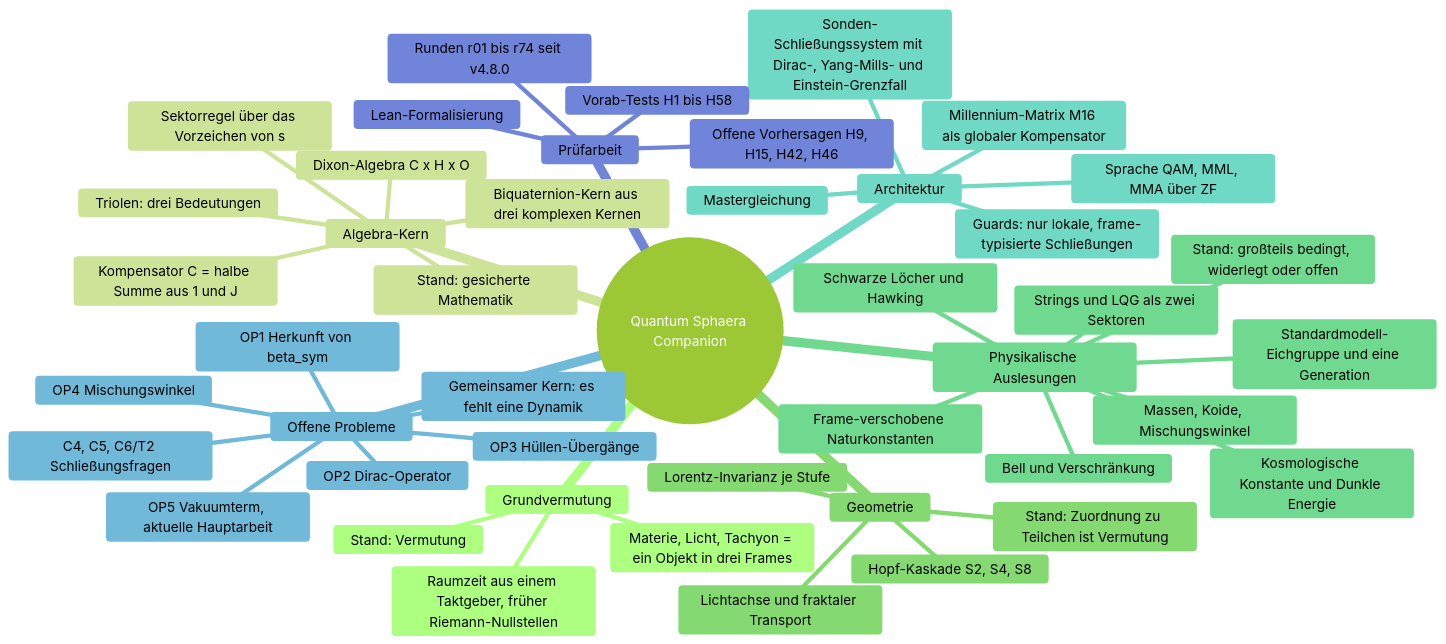
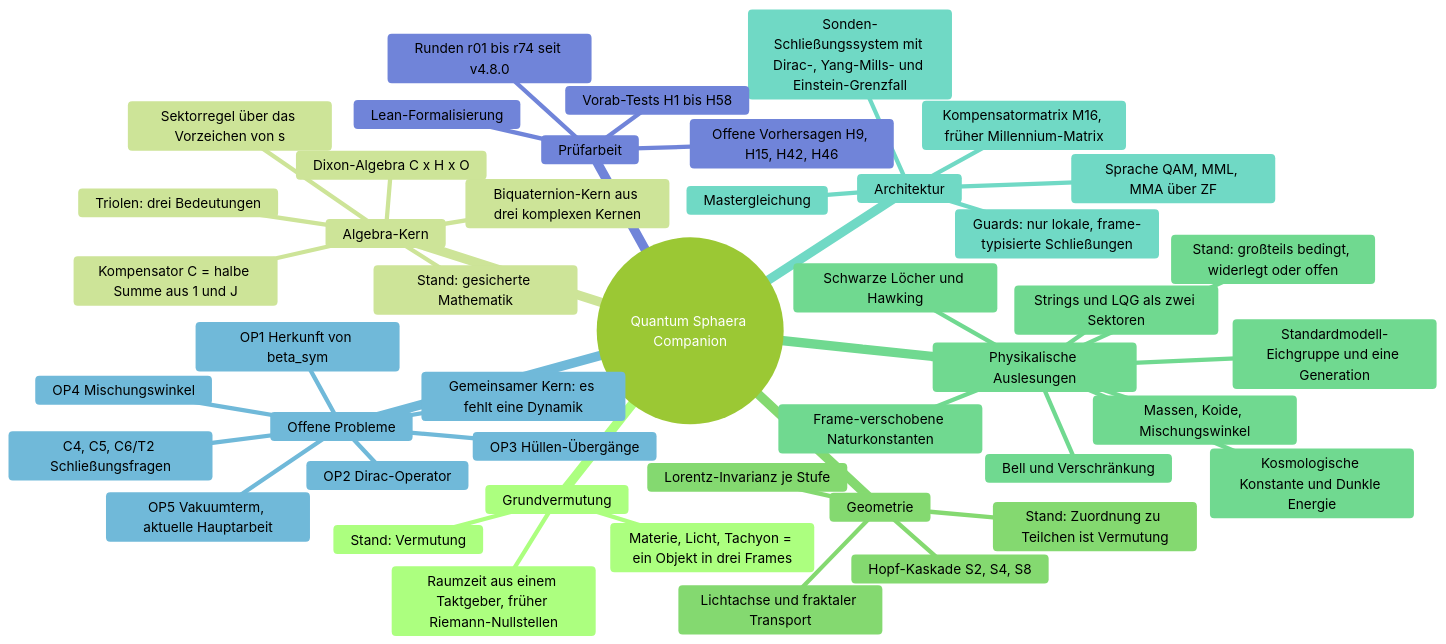
One commit to Moriarty1982/QuantumSphere-Unfold changed the first of 2 diagrams in wiki/Gesamtbild.md. Above: the diagram before and after it, drawn with Mermaid (forest theme). The commit also changed other lines of this file, not shown here.

First line of the commit message:
Gesamtbild: Kompensatormatrix statt Millennium-Matrix (r75)

````diff
--- a/wiki/Gesamtbild.md
+++ b/wiki/Gesamtbild.md
@@ -11,48 +11,48 @@
 ```mermaid
 mindmap
   root((Quantum Sphaera Companion))
     Grundvermutung
       Materie, Licht, Tachyon = ein Objekt in drei Frames
       Raumzeit aus einem Taktgeber, früher Riemann-Nullstellen
       Stand: Vermutung
     Algebra-Kern
       Biquaternion-Kern aus drei komplexen Kernen
       Kompensator C = halbe Summe aus 1 und J
       Sektorregel über das Vorzeichen von s
       Triolen: drei Bedeutungen
       Dixon-Algebra C x H x O
       Stand: gesicherte Mathematik
     Geometrie
       Hopf-Kaskade S2, S4, S8
       Lichtachse und fraktaler Transport
       Lorentz-Invarianz je Stufe
       Stand: Zuordnung zu Teilchen ist Vermutung
     Physikalische Auslesungen
       Standardmodell-Eichgruppe und eine Generation
       Massen, Koide, Mischungswinkel
       Kosmologische Konstante und Dunkle Energie
       Frame-verschobene Naturkonstanten
       Schwarze Löcher und Hawking
       Strings und LQG als zwei Sektoren
       Bell und Verschränkung
       Stand: großteils bedingt, widerlegt oder offen
     Architektur
       Mastergleichung
-      Millennium-Matrix M16 als globaler Kompensator
+      Kompensatormatrix M16, früher Millennium-Matrix
       Sonden-Schließungssystem mit Dirac-, Yang-Mills- und Einstein-Grenzfall
       Sprache QAM, MML, MMA über ZF
       Guards: nur lokale, frame-typisierte Schließungen
     Offene Probleme
       OP1 Herkunft von beta_sym
       OP2 Dirac-Operator
       OP3 Hüllen-Übergänge
       OP4 Mischungswinkel
       OP5 Vakuumterm, aktuelle Hauptarbeit
       C4, C5, C6/T2 Schließungsfragen
       Gemeinsamer Kern: es fehlt eine Dynamik
     Prüfarbeit
       Runden r01 bis r74 seit v4.8.0
       Vorab-Tests H1 bis H58
       Lean-Formalisierung
       Offene Vorhersagen H9, H15, H42, H46
 ```
````
